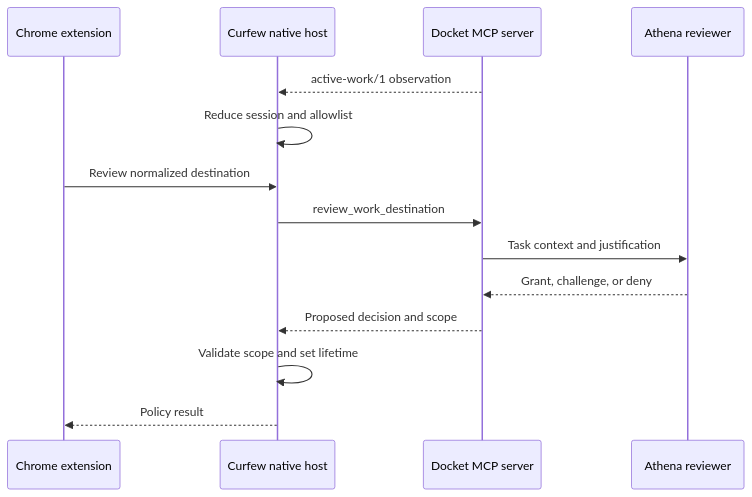
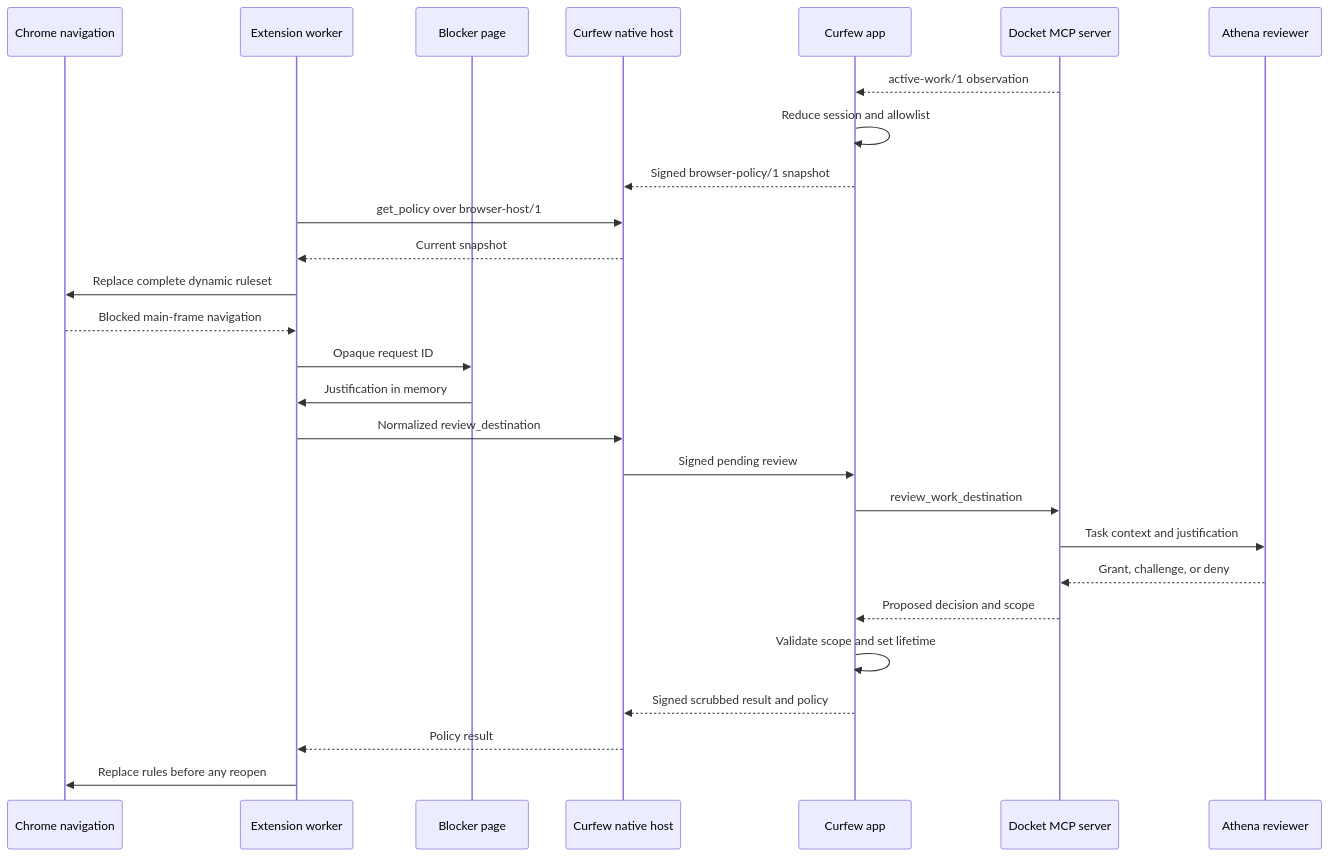
Before and after one commit to TheHypertextStudio/curfew: the diagram in Documentation/browser-policy-sequence.mmd, drawn with Mermaid. The commit also changed 29 other files, not shown here.

```diff
--- a/Documentation/browser-policy-sequence.mmd
+++ b/Documentation/browser-policy-sequence.mmd
@@ -1,15 +1,28 @@
 sequenceDiagram
-    participant Extension as Chrome extension
-    participant Curfew as Curfew native host
+    participant Chrome as Chrome navigation
+    participant Extension as Extension worker
+    participant Blocker as Blocker page
+    participant Host as Curfew native host
+    participant Curfew as Curfew app
     participant Docket as Docket MCP server
     participant Athena as Athena reviewer
 
     Docket-->>Curfew: active-work/1 observation
     Curfew->>Curfew: Reduce session and allowlist
-    Extension->>Curfew: Review normalized destination
+    Curfew-->>Host: Signed browser-policy/1 snapshot
+    Extension->>Host: get_policy over browser-host/1
+    Host-->>Extension: Current snapshot
+    Extension->>Chrome: Replace complete dynamic ruleset
+    Chrome-->>Extension: Blocked main-frame navigation
+    Extension->>Blocker: Opaque request ID
+    Blocker->>Extension: Justification in memory
+    Extension->>Host: Normalized review_destination
+    Host->>Curfew: Signed pending review
     Curfew->>Docket: review_work_destination
     Docket->>Athena: Task context and justification
     Athena-->>Docket: Grant, challenge, or deny
     Docket-->>Curfew: Proposed decision and scope
     Curfew->>Curfew: Validate scope and set lifetime
-    Curfew-->>Extension: Policy result
+    Curfew-->>Host: Signed scrubbed result and policy
+    Host-->>Extension: Policy result
+    Extension->>Chrome: Replace rules before any reopen
```
